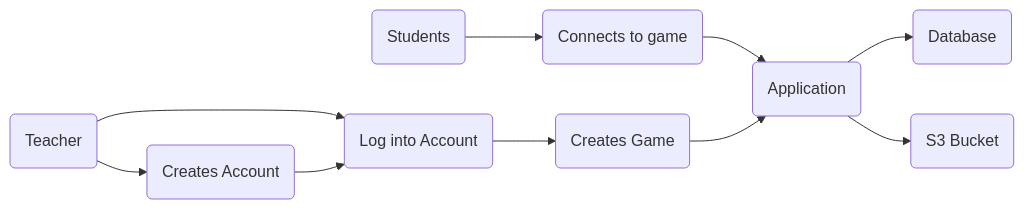
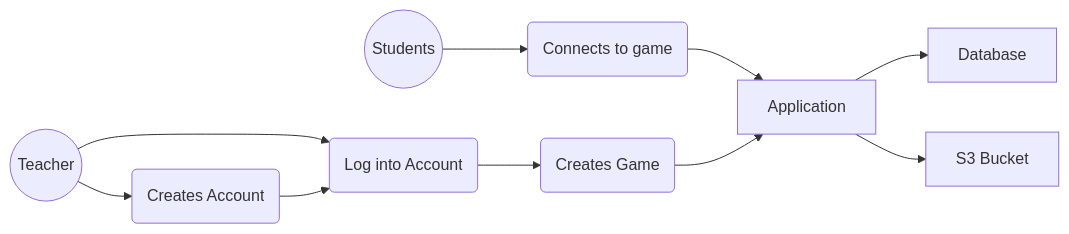
One commit to HDTHREE/bintrong_game changed the diagram in design_D1.md. Above: the diagram before and after it, drawn with Mermaid. The commit also changed other lines of this file and 2 other files, not shown here.

Commit message:
finalized design diagrams

````diff
--- a/design_D1.md
+++ b/design_D1.md
@@ -1,12 +1,12 @@
 ```mermaid
 flowchart LR
-    A(Students) --> D(Connects to game) --> E(Application)
+    A((Students)) --> D(Connects to game) --> E[Application]
     C(Creates Game) --> E
-    B(Teacher) --> I(Creates Account)
+    B((Teacher)) --> I(Creates Account)
     B --> J(Log into Account)
     I --> J
     J --> C
-    E --> DB(Database)
-    E --> S3(S3 Bucket)
+    E --> DB[Database]
+    E --> S3[S3 Bucket]
 
 ```
````
